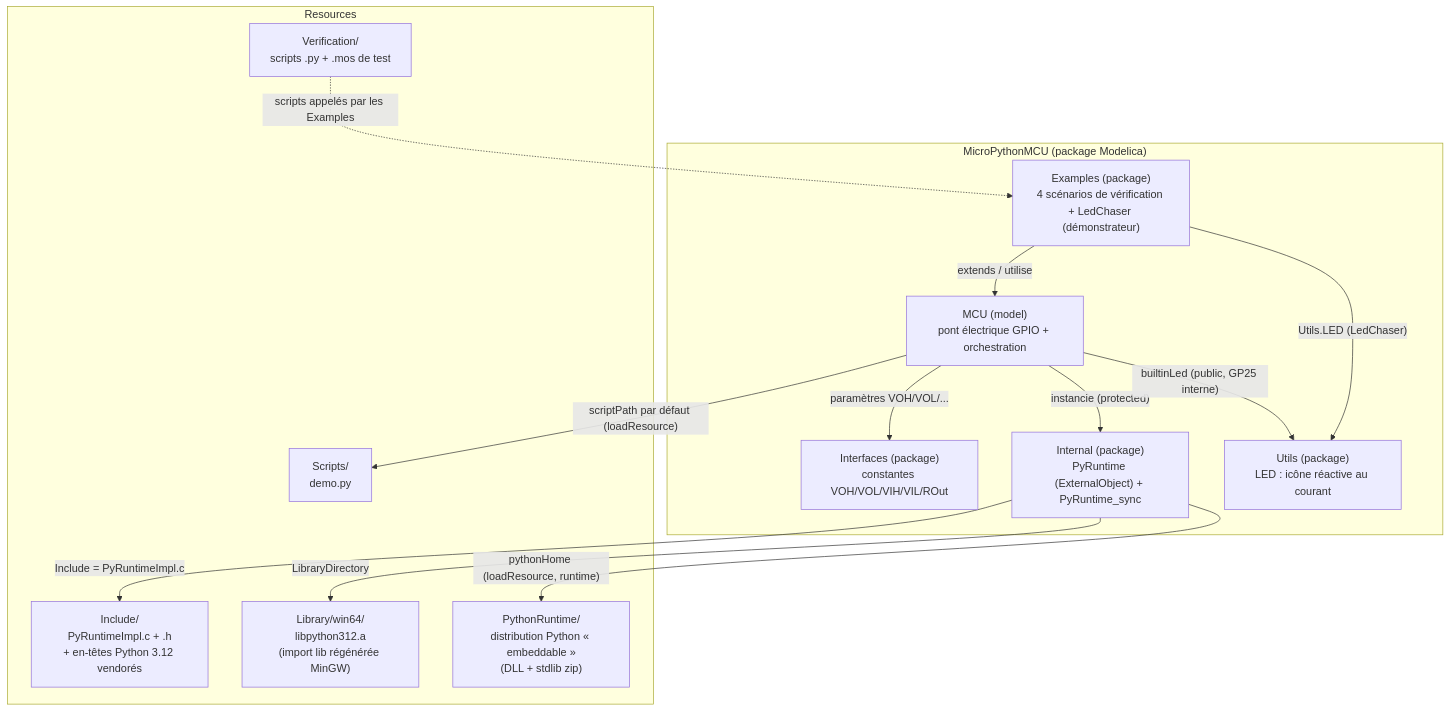
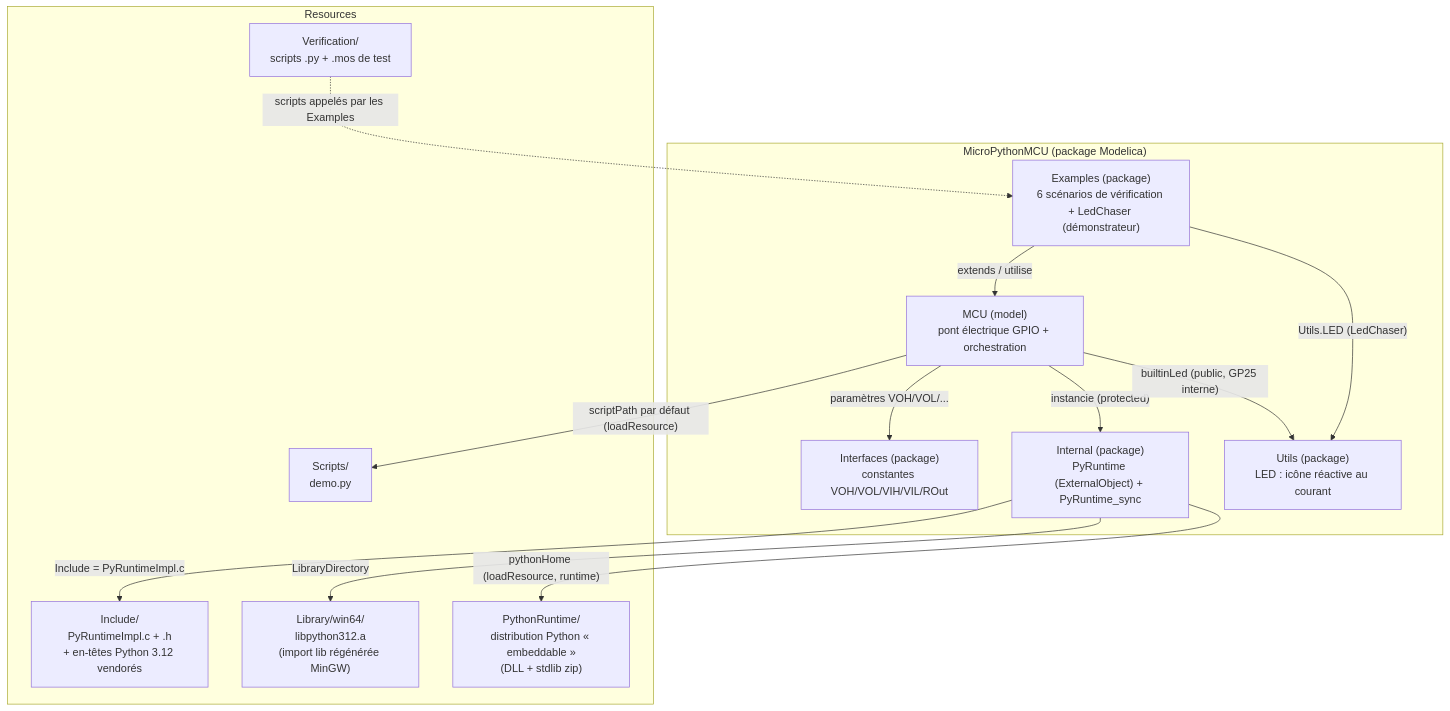
Before and after one commit to bdelaup/modelica_micropython: the diagram in docs/architecture.md, drawn with Mermaid. The commit also changed other lines of this file and 25 other files, not shown here.

````diff
--- a/docs/architecture.md
+++ b/docs/architecture.md
@@ -9,28 +9,28 @@
 ```mermaid
 graph TD
     subgraph LIB["MicroPythonMCU (package Modelica)"]
         MCU["MCU (model)<br/>pont électrique GPIO + orchestration"]
         Interfaces["Interfaces (package)<br/>constantes VOH/VOL/VIH/VIL/ROut"]
         Internal["Internal (package)<br/>PyRuntime (ExternalObject) + PyRuntime_sync"]
         Utils["Utils (package)<br/>LED : icône réactive au courant"]
-        Examples["Examples (package)<br/>4 scénarios de vérification + LedChaser (démonstrateur)"]
+        Examples["Examples (package)<br/>6 scénarios de vérification + LedChaser (démonstrateur)"]
     end
     subgraph RES["Resources"]
         Include["Include/<br/>PyRuntimeImpl.c + .h<br/>+ en-têtes Python 3.12 vendorés"]
         Library["Library/win64/<br/>libpython312.a<br/>(import lib régénérée MinGW)"]
         PythonRuntime["PythonRuntime/<br/>distribution Python « embeddable »<br/>(DLL + stdlib zip)"]
         Scripts["Scripts/<br/>demo.py"]
         Verification["Verification/<br/>scripts .py + .mos de test"]
     end
 
     MCU -- "paramètres VOH/VOL/..." --> Interfaces
     MCU -- "instancie (protected)" --> Internal
     MCU -- "builtinLed (public, GP25 interne)" --> Utils
     Examples -- "extends / utilise" --> MCU
     Examples -- "Utils.LED (LedChaser)" --> Utils
     Internal -- "Include = PyRuntimeImpl.c" --> Include
     Internal -- "LibraryDirectory" --> Library
     Internal -- "pythonHome (loadResource, runtime)" --> PythonRuntime
     MCU -- "scriptPath par défaut (loadResource)" --> Scripts
     Verification -. "scripts appelés par les Examples" .-> Examples
 ```
````
